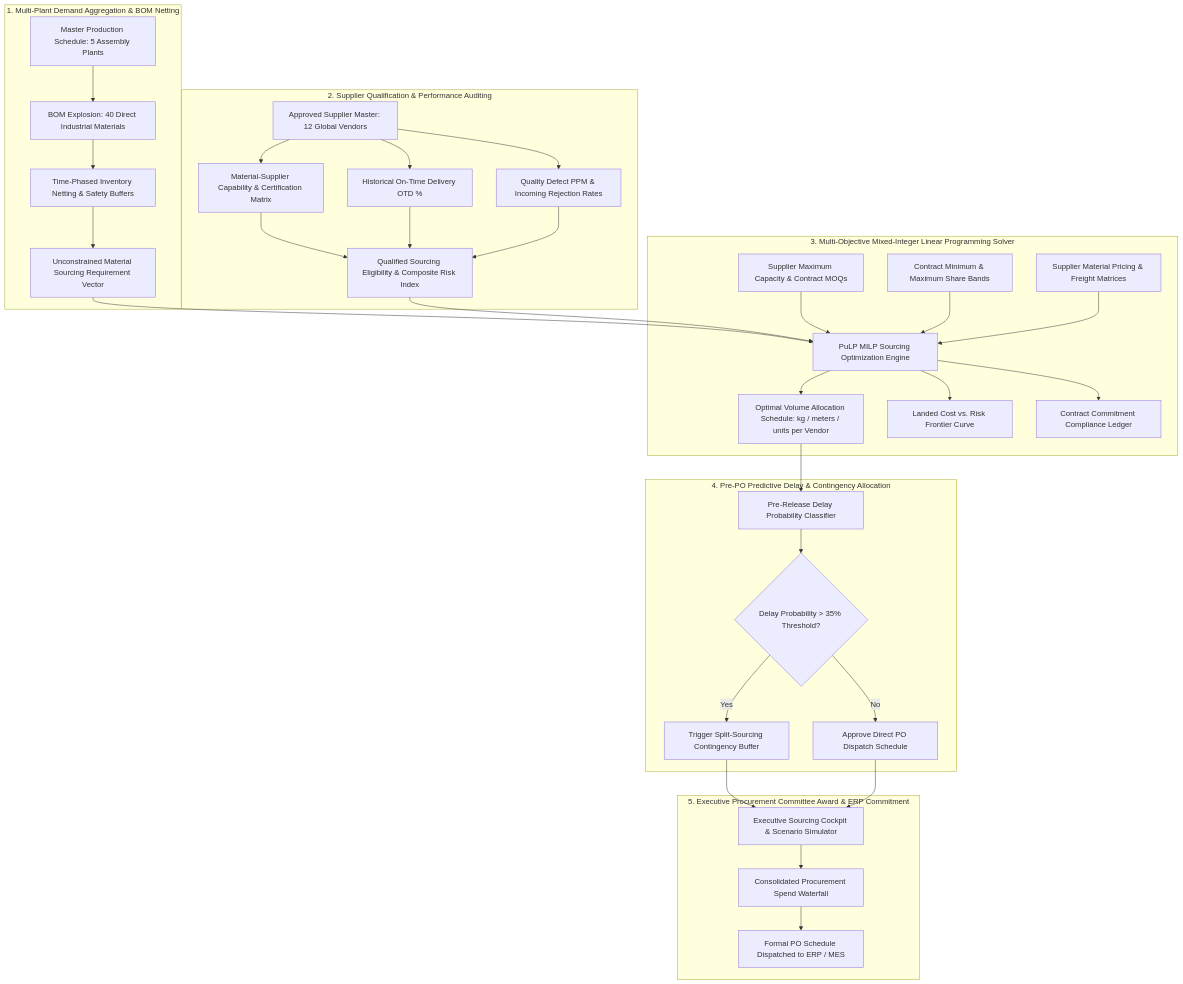
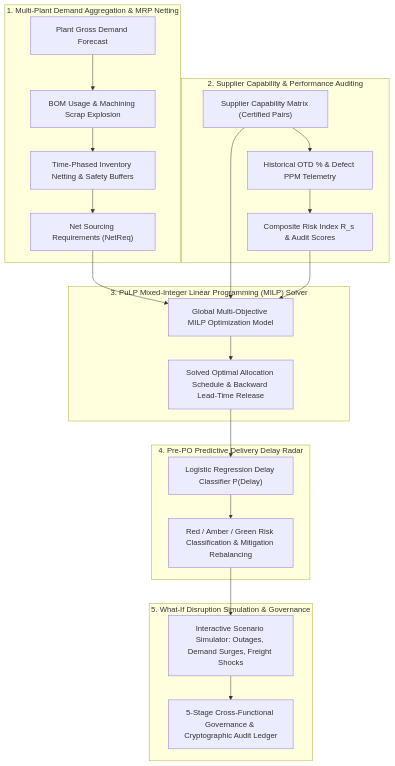
The first of 2 diagrams in strategic_sourcing_spec/BUSINESS_FLOW_SPECIFICATION.md (notsooamit/trendwear-integrated-sop), drawn with Mermaid before and after one commit. The commit also changed other lines of this file and 3 other files, not shown here.

Commit message:
fix(docs): quote Mermaid node labels and format KaTeX mathematical formulas for GitHub rendering

````diff
--- a/strategic_sourcing_spec/BUSINESS_FLOW_SPECIFICATION.md
+++ b/strategic_sourcing_spec/BUSINESS_FLOW_SPECIFICATION.md
@@ -29,39 +21,30 @@
 ```mermaid
 flowchart TD
-    subgraph STAGE_1 [1. Multi-Plant Demand Aggregation & BOM Netting]
-        D1[Master Production Schedule: 5 Assembly Plants] --> D2[BOM Explosion: 40 Direct Industrial Materials]
-        D2 --> D3[Time-Phased Inventory Netting & Safety Buffers]
-        D3 --> D4[Unconstrained Material Sourcing Requirement Vector]
+    subgraph STAGE1 ["1. Multi-Plant Demand Aggregation & MRP Netting"]
+        D1["Plant Gross Demand Forecast"] --> D2["BOM Usage & Machining Scrap Explosion"]
+        D2 --> D3["Time-Phased Inventory Netting & Safety Buffers"]
+        D3 --> D4["Net Sourcing Requirements (NetReq)"]
     end
 
-    subgraph STAGE_2 [2. Supplier Qualification & Performance Auditing]
-        S1[Approved Supplier Master: 12 Global Vendors] --> S2[Material-Supplier Capability & Certification Matrix]
-        S1 --> S3[Historical On-Time Delivery OTD %]
-        S1 --> S4[Quality Defect PPM & Incoming Rejection Rates]
-        S2 & S3 & S4 --> S5[Qualified Sourcing Eligibility & Composite Risk Index]
+    subgraph STAGE2 ["2. Supplier Capability & Performance Auditing"]
+        S1["Supplier Capability Matrix (Certified Pairs)"] --> S2["Historical OTD % & Defect PPM Telemetry"]
+        S2 --> S3["Composite Risk Index R_s & Audit Scores"]
     end
 
-    subgraph STAGE_3 [3. Multi-Objective Mixed-Integer Linear Programming Solver]
-        D4 & S5 --> OPT[PuLP MILP Sourcing Optimization Engine]
-        C1[Supplier Maximum Capacity & Contract MOQs] --> OPT
-        C2[Contract Minimum & Maximum Share Bands] --> OPT
-        C3[Supplier Material Pricing & Freight Matrices] --> OPT
-        
-        OPT --> R1[Optimal Volume Allocation Schedule: kg / meters / units per Vendor]
-        OPT --> R2[Landed Cost vs. Risk Frontier Curve]
-        OPT --> R3[Contract Commitment Compliance Ledger]
+    subgraph STAGE3 ["3. PuLP Mixed-Integer Linear Programming (MILP) Solver"]
+        D4 --> OPT["Global Multi-Objective MILP Optimization Model"]
+        S1 --> OPT
+        S3 --> OPT
+        OPT --> SOL["Solved Optimal Allocation Schedule & Backward Lead-Time Release"]
     end
 
-    subgraph STAGE_4 [4. Pre-PO Predictive Delay & Contingency Allocation]
-        R1 --> P1[Pre-Release Delay Probability Classifier]
-        P1 --> P2{Delay Probability > 35% Threshold?}
-        P2 -- Yes --> P3[Trigger Split-Sourcing Contingency Buffer]
-        P2 -- No --> P4[Approve Direct PO Dispatch Schedule]
+    subgraph STAGE4 ["4. Pre-PO Predictive Delivery Delay Radar"]
+        SOL --> PRED["Logistic Regression Delay Classifier P(Delay)"]
+        PRED --> ALERT["Red / Amber / Green Risk Classification & Mitigation Rebalancing"]
     end
 
-    subgraph STAGE_5 [5. Executive Procurement Committee Award & ERP Commitment]
-        P3 & P4 --> E1[Executive Sourcing Cockpit & Scenario Simulator]
-        E1 --> E2[Consolidated Procurement Spend Waterfall]
-        E2 --> E3[Formal PO Schedule Dispatched to ERP / MES]
+    subgraph STAGE5 ["5. What-If Disruption Simulation & Governance"]
+        ALERT --> SIM["Interactive Scenario Simulator: Outages, Demand Surges, Freight Shocks"]
+        SIM --> GOV["5-Stage Cross-Functional Governance & Cryptographic Audit Ledger"]
     end
 ```
````
